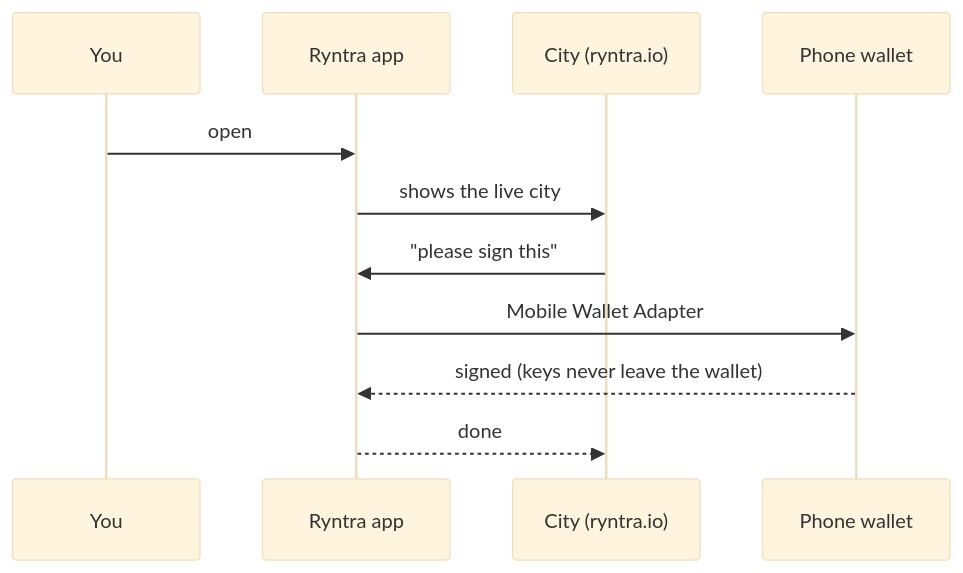
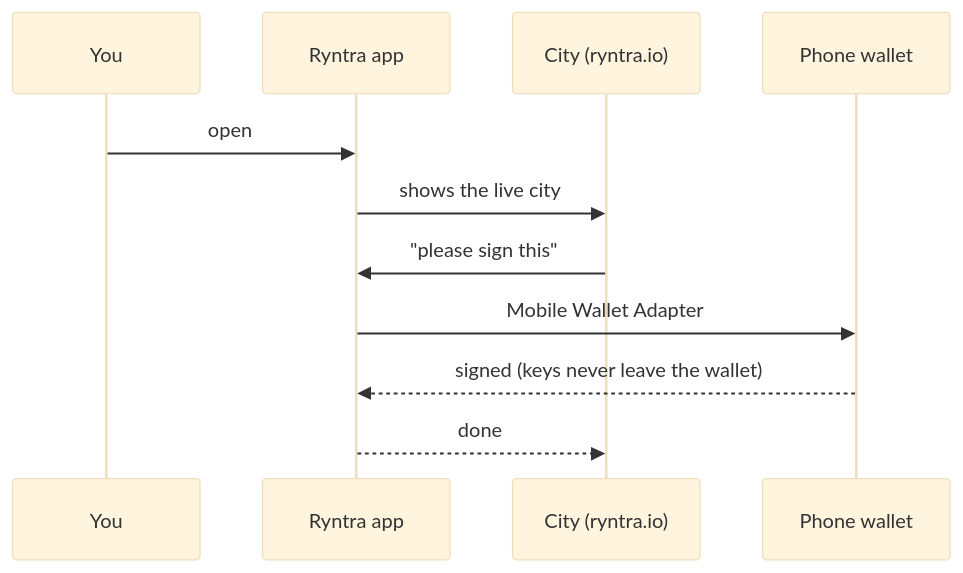
One commit to ryntra-io/ryntra-solana changed diagram 12 of 14 in LEARN.md. Above: the diagram before and after it, drawn with Mermaid (base theme). The commit also changed other lines of this file and 1717 other files, not shown here.

````diff
--- a/LEARN.md
+++ b/LEARN.md
@@ -567,13 +598,15 @@
 ```mermaid
+%%{init: {"sequence": {"diagramMarginY": 65, "bottomMarginAdj": 100}}}%%
+%% Room over and under the actors: GitHub draws its buttons over a diagram's top and bottom right corners.
 sequenceDiagram
   participant You
   participant App as Ryntra app
   participant City as City (ryntra.io)
   participant Wallet as Phone wallet
   You->>App: open
   App->>City: shows the live city
   City->>App: "please sign this"
   App->>Wallet: Mobile Wallet Adapter
   Wallet-->>App: signed (keys never leave the wallet)
   App-->>City: done
 ```
````
